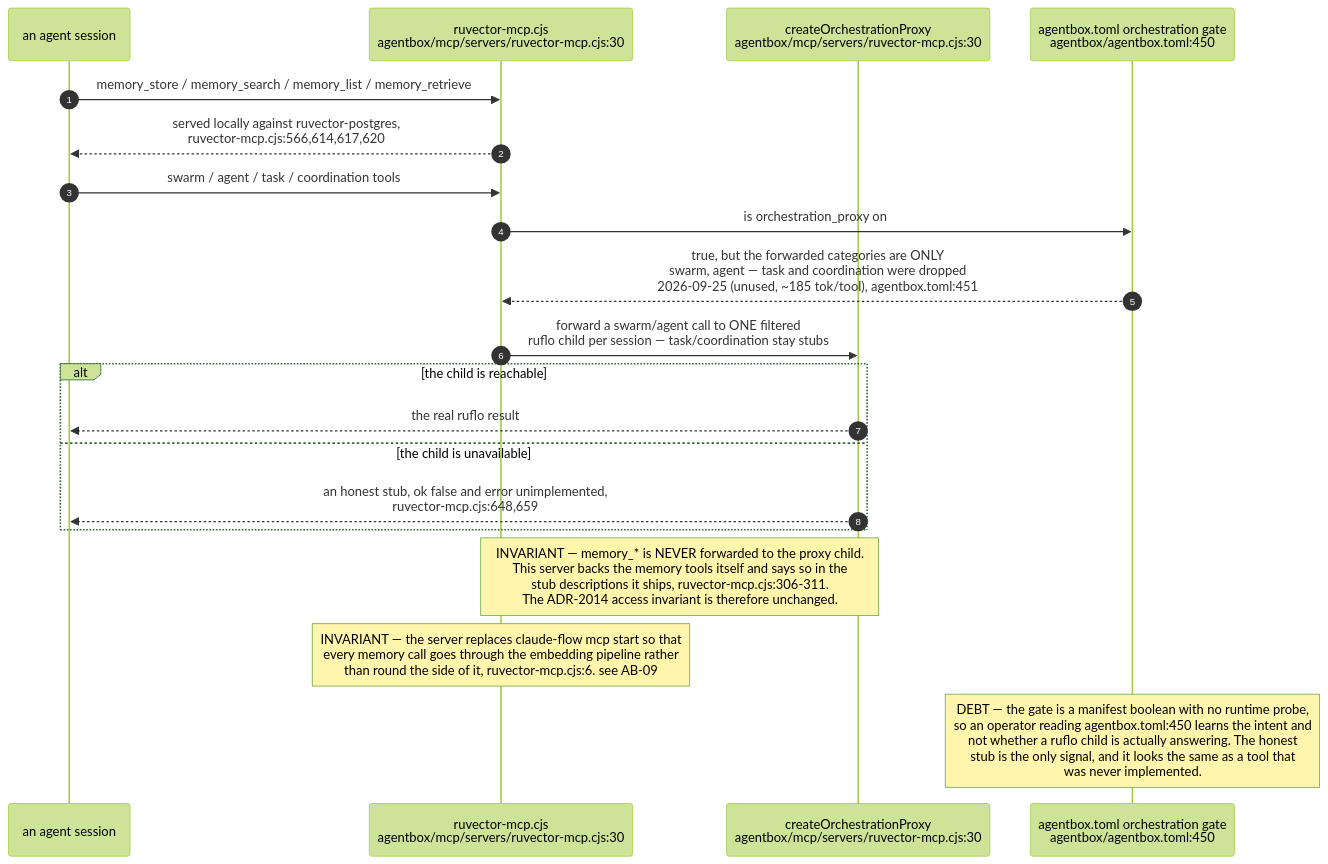
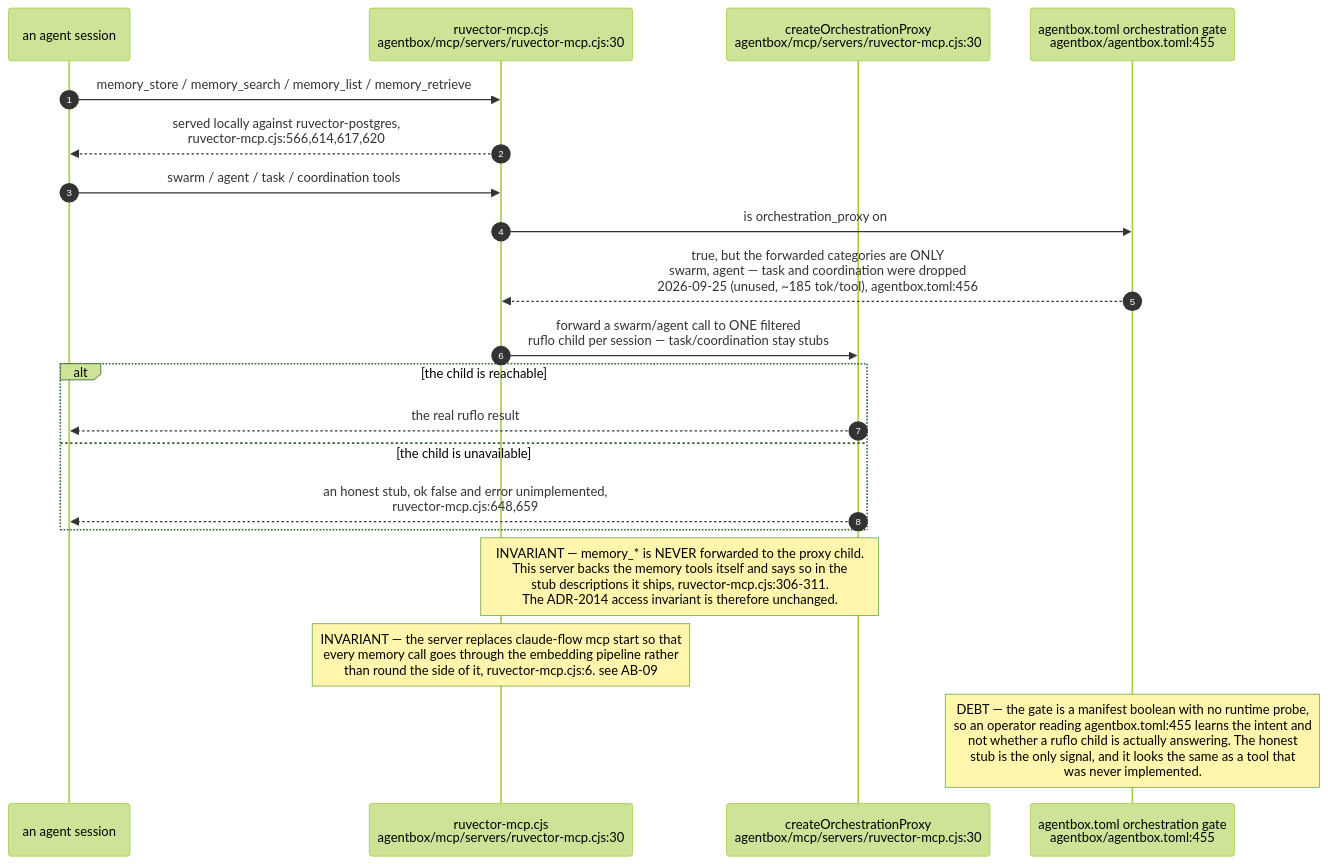
One commit to DreamLab-AI/VisionFlow changed the sixth of 6 diagrams in docs/diagrams/estate/07-memory-and-embedding-estate.md. Above: the diagram before and after it, drawn with Mermaid (forest theme). The commit also changed other lines of this file and 80 other files, not shown here.

First line of the commit message:
docs(diagrams): re-verify the agentbox, dreamlab, estate and visionflow corpus against current sources

````diff
--- a/docs/diagrams/estate/07-memory-and-embedding-estate.md
+++ b/docs/diagrams/estate/07-memory-and-embedding-estate.md
@@ -188,25 +188,25 @@
 ```mermaid
 sequenceDiagram
     autonumber
     participant AG as an agent session
     participant RV as ruvector-mcp.cjs<br/>agentbox/mcp/servers/ruvector-mcp.cjs:30
     participant PROXY as createOrchestrationProxy<br/>agentbox/mcp/servers/ruvector-mcp.cjs:30
-    participant MAN as agentbox.toml orchestration gate<br/>agentbox/agentbox.toml:450
+    participant MAN as agentbox.toml orchestration gate<br/>agentbox/agentbox.toml:455
 
     AG->>RV: memory_store / memory_search / memory_list / memory_retrieve
     RV-->>AG: served locally against ruvector-postgres,<br/>ruvector-mcp.cjs:566,614,617,620
 
     AG->>RV: swarm / agent / task / coordination tools
     RV->>MAN: is orchestration_proxy on
-    MAN-->>RV: true, but the forwarded categories are ONLY<br/>swarm, agent — task and coordination were dropped<br/>2026-09-25 (unused, ~185 tok/tool), agentbox.toml:451
+    MAN-->>RV: true, but the forwarded categories are ONLY<br/>swarm, agent — task and coordination were dropped<br/>2026-09-25 (unused, ~185 tok/tool), agentbox.toml:456
     RV->>PROXY: forward a swarm/agent call to ONE filtered<br/>ruflo child per session — task/coordination stay stubs
     alt the child is reachable
         PROXY-->>AG: the real ruflo result
     else the child is unavailable
         PROXY-->>AG: an honest stub, ok false and error unimplemented,<br/>ruvector-mcp.cjs:648,659
     end
 
     Note over RV,PROXY: INVARIANT — memory_* is NEVER forwarded to the proxy child.<br/>This server backs the memory tools itself and says so in the<br/>stub descriptions it ships, ruvector-mcp.cjs:306-311.<br/>The ADR-2014 access invariant is therefore unchanged.
     Note over RV: INVARIANT — the server replaces claude-flow mcp start so that<br/>every memory call goes through the embedding pipeline rather<br/>than round the side of it, ruvector-mcp.cjs:6. see AB-09
-    Note over MAN: DEBT — the gate is a manifest boolean with no runtime probe,<br/>so an operator reading agentbox.toml:450 learns the intent and<br/>not whether a ruflo child is actually answering. The honest<br/>stub is the only signal, and it looks the same as a tool that<br/>was never implemented.
+    Note over MAN: DEBT — the gate is a manifest boolean with no runtime probe,<br/>so an operator reading agentbox.toml:455 learns the intent and<br/>not whether a ruflo child is actually answering. The honest<br/>stub is the only signal, and it looks the same as a tool that<br/>was never implemented.
 ```
````
